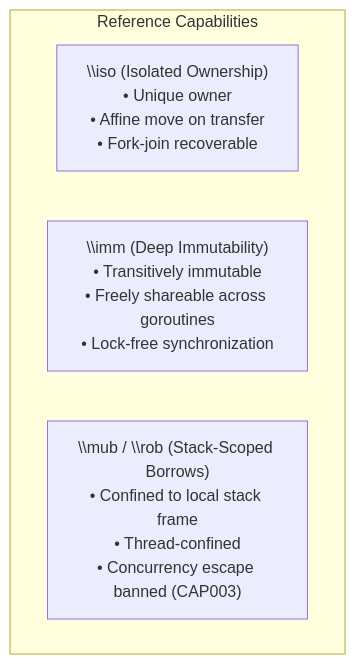
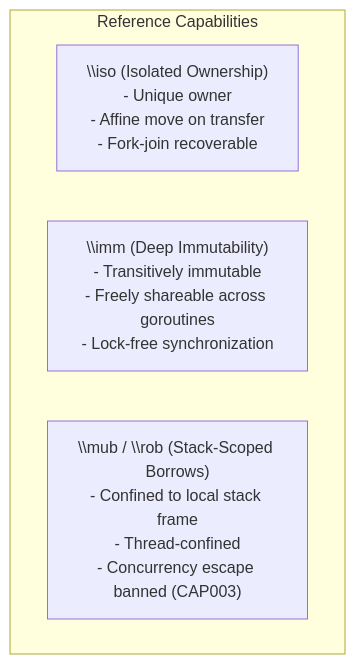
The second of 5 diagrams in docs/CONCURRENCY_MODEL.md (bharathvbcr/GoSree), drawn with Mermaid before and after one commit. The commit also changed other lines of this file and 13 other files, not shown here.

````diff
--- a/docs/CONCURRENCY_MODEL.md
+++ b/docs/CONCURRENCY_MODEL.md
@@ -53,8 +53,8 @@
 ```mermaid
 flowchart TD
     subgraph Capabilities ["Reference Capabilities"]
-        Iso["\\iso (Isolated Ownership)\n• Unique owner\n• Affine move on transfer\n• Fork-join recoverable"]
-        Imm["\\imm (Deep Immutability)\n• Transitively immutable\n• Freely shareable across goroutines\n• Lock-free synchronization"]
-        MubRob["\\mub / \\rob (Stack-Scoped Borrows)\n• Confined to local stack frame\n• Thread-confined\n• Concurrency escape banned (CAP003)"]
+        Iso["\\iso (Isolated Ownership)\n- Unique owner\n- Affine move on transfer\n- Fork-join recoverable"]
+        Imm["\\imm (Deep Immutability)\n- Transitively immutable\n- Freely shareable across goroutines\n- Lock-free synchronization"]
+        MubRob["\\mub / \\rob (Stack-Scoped Borrows)\n- Confined to local stack frame\n- Thread-confined\n- Concurrency escape banned (CAP003)"]
     end
 ```
````
